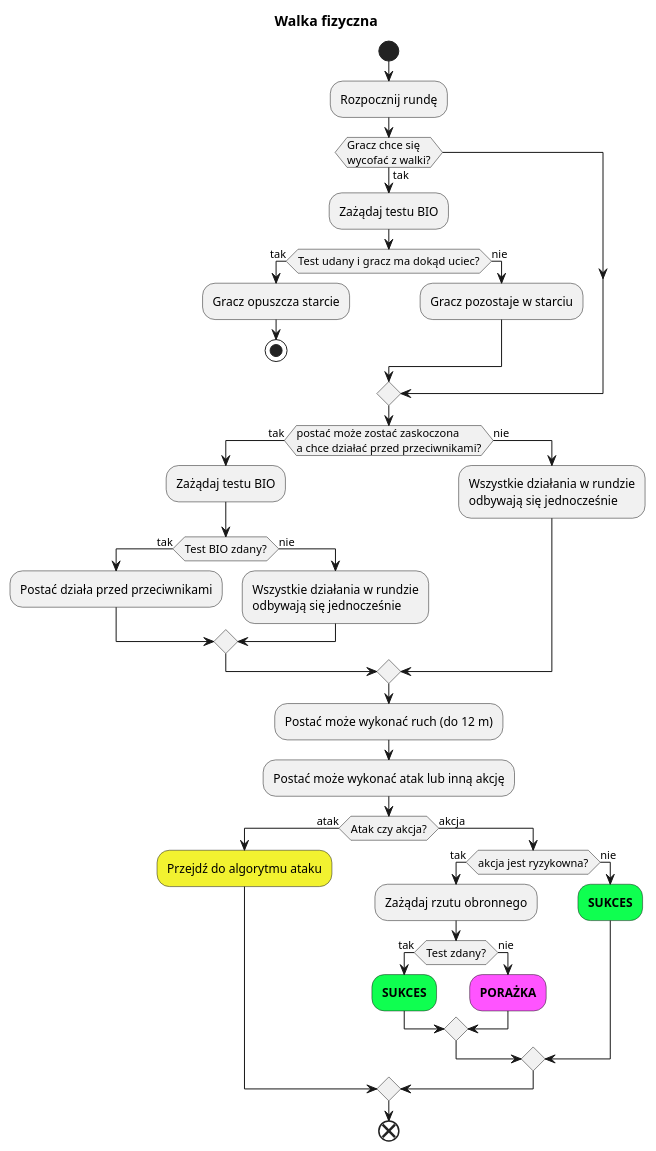
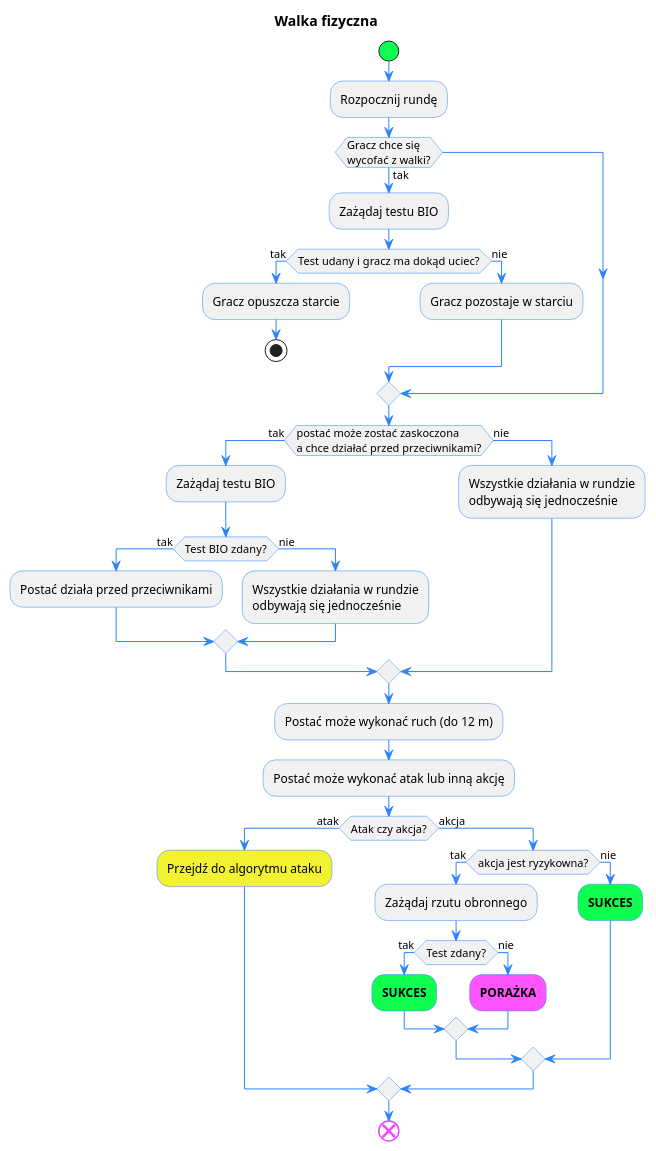
Before and after one commit to oswida/cyber: the second of 3 diagrams in docs/algorithms.plantuml, drawn with PlantUML. The commit also changed other lines of this file and 5 other files, not shown here.

```diff
--- a/docs/algorithms.plantuml
+++ b/docs/algorithms.plantuml
@@ -36,41 +36,50 @@
 @startuml "Walka fizyczna"
 title "Walka fizyczna"
+skinparam defaultFontName Oxanium
+skinparam activity {
+  StartColor #0fff50
+  BarColor #2c84fa
+  EndColor #e949f5
+  BorderColor #2c84fa
+  ArrowColor #2c84fa
+  FontName Oxanium
+}
 start
 :Rozpocznij rundę;
 if (Gracz chce się\nwycofać z walki?) then (tak)
 :Zażądaj testu BIO;
 if (Test udany i gracz ma dokąd uciec?) then (tak)
 :Gracz opuszcza starcie;
 stop
 else (nie)
 :Gracz pozostaje w starciu;
 endif
 endif
 if (postać może zostać zaskoczona\na chce działać przed przeciwnikami?) then (tak)
   :Zażądaj testu BIO;
   if (Test BIO zdany?) then (tak)
     :Postać działa przed przeciwnikami;
   else (nie)
     :Wszystkie działania w rundzie\nodbywają się jednocześnie;
   endif
 else (nie)
   :Wszystkie działania w rundzie\nodbywają się jednocześnie;
 endif
 :Postać może wykonać ruch (do 12 m);
 :Postać może wykonać atak lub inną akcję;
 if (Atak czy akcja?) then (atak)
 #f2f230 :Przejdź do algorytmu ataku;
 else (akcja)
   if (akcja jest ryzykowna?) then (tak)
     :Zażądaj rzutu obronnego;
     if (Test zdany?) then (tak)
     #0fff50 :**SUKCES**;
     else (nie)
     #ff54ff:**PORAŻKA**;
     endif
   else (nie)
     #0fff50 :**SUKCES**;
   endif 
 endif
 end
 @enduml
```
